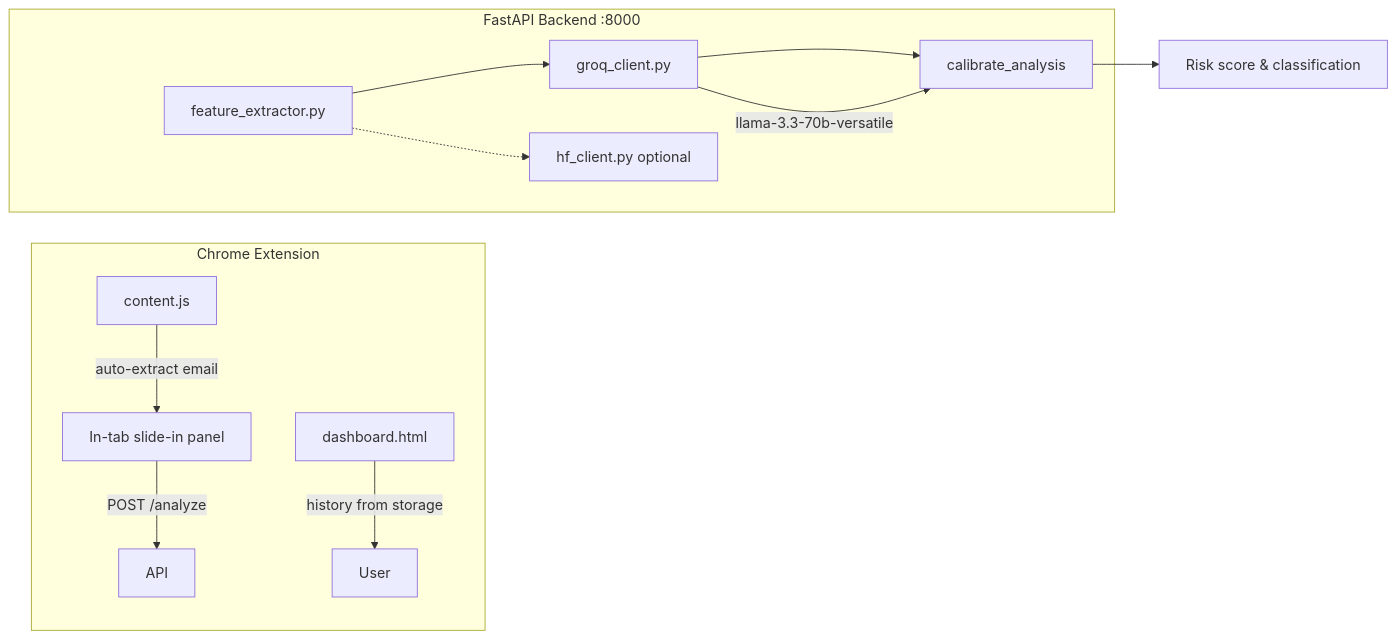
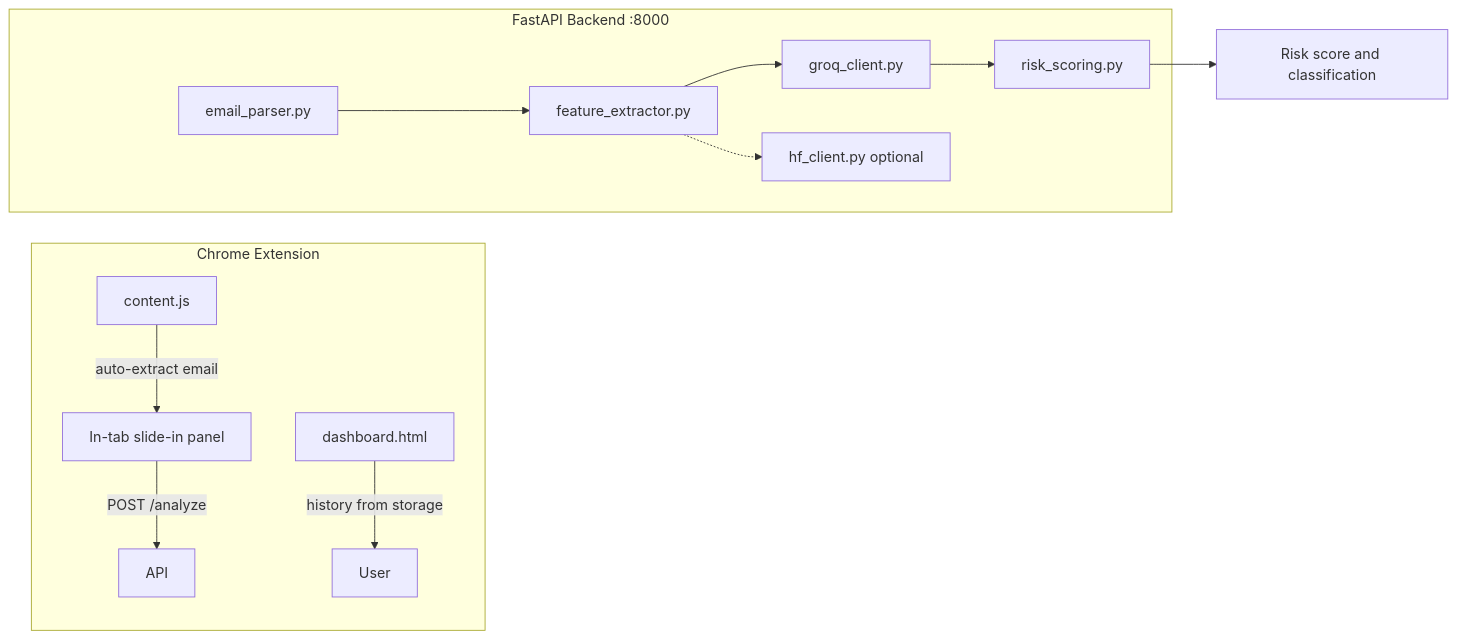
One commit to Saliha-Zulfiqar/IS_project changed the diagram in README.md. Above: the diagram before and after it, drawn with Mermaid. The commit also changed other lines of this file and 2 other files, not shown here.

First line of the commit message:
feat: enhance email parsing and analysis capabilities

````diff
--- a/README.md
+++ b/README.md
@@ -17,43 +22,23 @@
 ```mermaid
-
 flowchart LR
-
-  subgraph ext [Chrome Extension]
-
+  subgraph ext ["Chrome Extension"]
     CS[content.js]
-
     Panel[In-tab slide-in panel]
-
     Dash[dashboard.html]
-
     CS -->|auto-extract email| Panel
-
     Panel -->|POST /analyze| API
-
     Dash -->|history from storage| User[User]
-
   end
-
-  subgraph api [FastAPI Backend :8000]
-
+  subgraph api ["FastAPI Backend :8000"]
+    EP[email_parser.py]
     FE[feature_extractor.py]
-
     GQ[groq_client.py]
-
-    CAL[calibrate_analysis]
-
+    RS[risk_scoring.py]
     HF[hf_client.py optional]
-
+    EP --> FE
     FE --> GQ
-
-    GQ --> CAL
-
+    GQ --> RS
     FE -.-> HF
-
   end
-
-  CAL --> Result[Risk score & classification]
-
-  GQ -->|llama-3.3-70b-versatile| CAL
-
+  RS --> Result[Risk score and classification]
 ```
````
